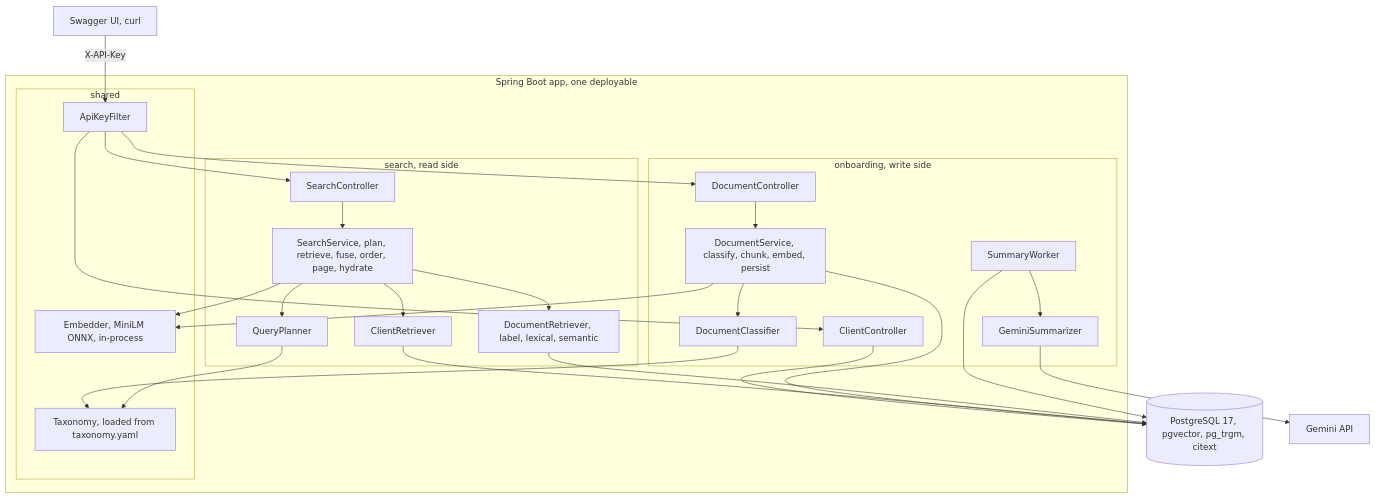
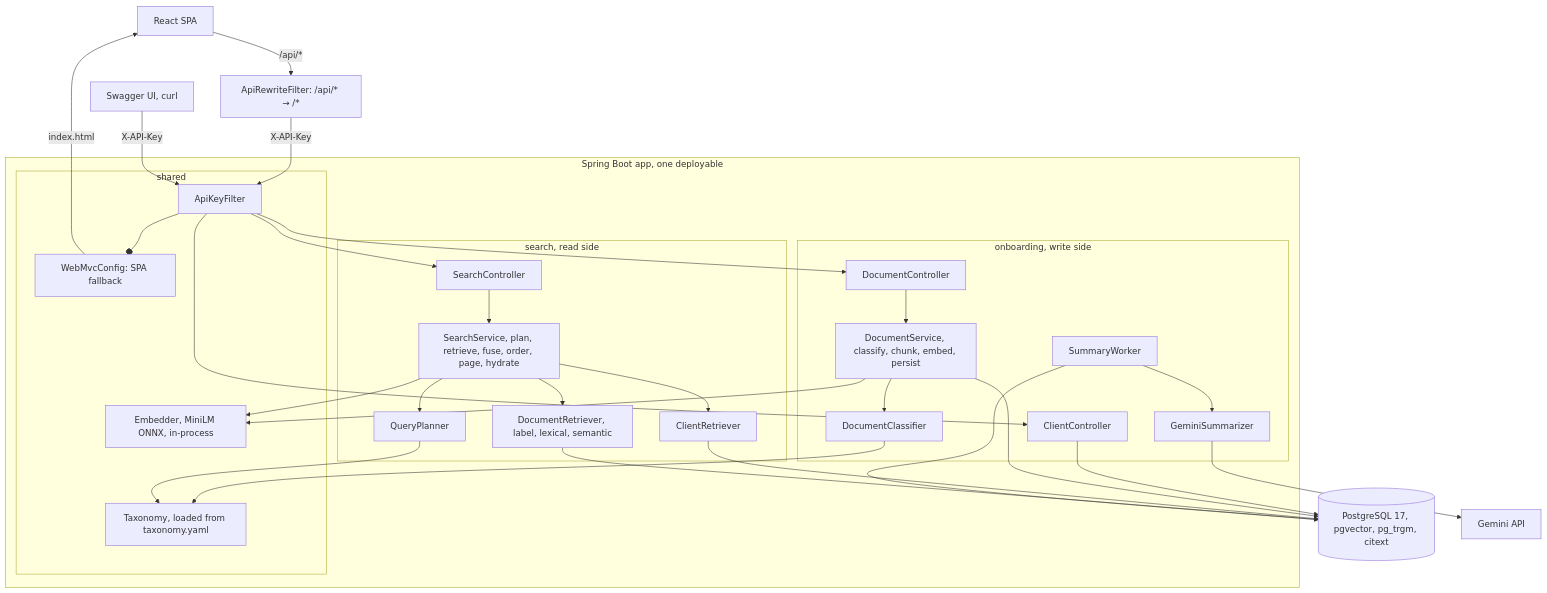
The first of 2 diagrams in docs/system-design.md (TsybulskyStepan/unified-search), drawn with Mermaid before and after one commit. The commit also changed other lines of this file and 27 other files, not shown here.

First line of the commit message:
feat: add React SPA frontend with search, client detail, and document detail pages

````diff
--- a/docs/system-design.md
+++ b/docs/system-design.md
@@ -31,43 +31,51 @@
 ```mermaid
 flowchart TB
-    UI["Swagger UI, curl"]
+    UI["React SPA"]
+    SWAGGER["Swagger UI, curl"]
+    ARF["ApiRewriteFilter: /api/* → /*"]
+
     subgraph App["Spring Boot app, one deployable"]
         subgraph Shared["shared"]
             F["ApiKeyFilter"]
             EMB["Embedder, MiniLM ONNX, in-process"]
             TAX["Taxonomy, loaded from taxonomy.yaml"]
+            WMC["WebMvcConfig: SPA fallback"]
         end
         subgraph Onboarding["onboarding, write side"]
             CC["ClientController"]
             DC["DocumentController"]
             DS["DocumentService, classify, chunk, embed, persist"]
             CLS["DocumentClassifier"]
             SW["SummaryWorker"]
             SUM["GeminiSummarizer"]
         end
         subgraph Search["search, read side"]
             SC["SearchController"]
             SS["SearchService, plan, retrieve, fuse, order, page, hydrate"]
             QP["QueryPlanner"]
             CR["ClientRetriever"]
             DR["DocumentRetriever, label, lexical, semantic"]
         end
     end
     PG[("PostgreSQL 17, pgvector, pg_trgm, citext")]
     VX["Gemini API"]
 
-    UI -->|X-API-Key| F
+    UI -->|/api/*| ARF
+    ARF -->|X-API-Key| F
+    SWAGGER -->|X-API-Key| F
     F --> CC & DC & SC
+    F --o WMC
+    WMC -->|index.html| UI
     CC --> PG
     DC --> DS
     DS --> CLS --> TAX
     DS --> EMB
     DS --> PG
     SC --> SS
     SS --> QP --> TAX
     SS --> CR --> PG
     SS --> EMB
     SS --> DR --> PG
     SW --> PG
     SW --> SUM --> VX
 ```
````
